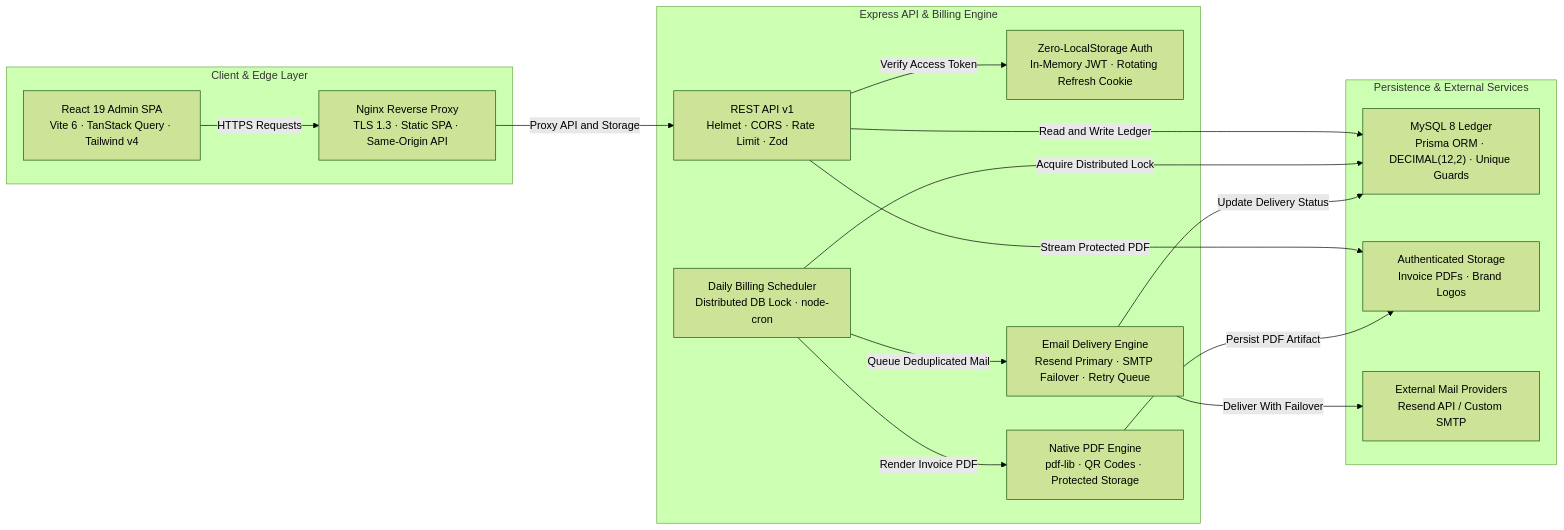
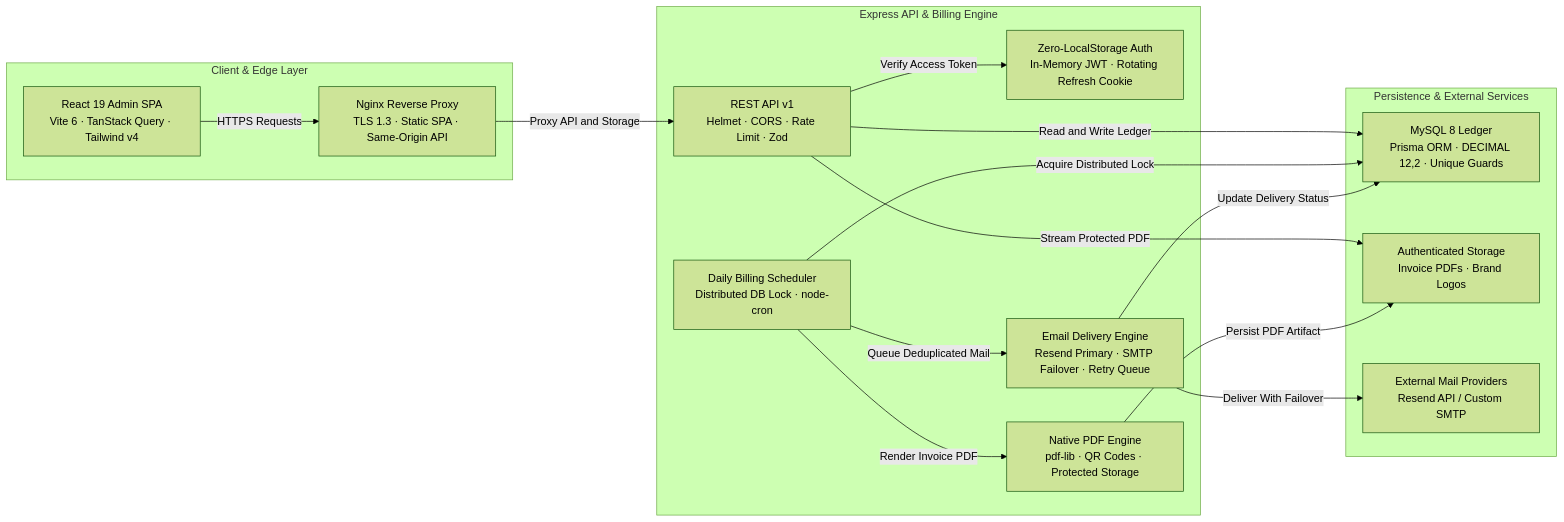
One commit to theekshana-sudeepa/autobilling changed the first of 3 diagrams in README.md. Above: the diagram before and after it, drawn with Mermaid (forest theme). The commit also changed other lines of this file and 3 other files, not shown here.

Commit message:
docs(readme): add live UI screenshots, idempotent auth/failover sequence diagram, and frontend architecture guide

````diff
--- a/README.md
+++ b/README.md
@@ -31,33 +57,33 @@
 ```mermaid
 flowchart LR
     subgraph ClientTier["Client & Edge Layer"]
         Browser["React 19 Admin SPA<br/>Vite 6 · TanStack Query · Tailwind v4"]
         Nginx["Nginx Reverse Proxy<br/>TLS 1.3 · Static SPA · Same-Origin API"]
     end
 
     subgraph AppTier["Express API & Billing Engine"]
         API["REST API v1<br/>Helmet · CORS · Rate Limit · Zod"]
         Auth["Zero-LocalStorage Auth<br/>In-Memory JWT · Rotating Refresh Cookie"]
         Scheduler["Daily Billing Scheduler<br/>Distributed DB Lock · node-cron"]
         PDF["Native PDF Engine<br/>pdf-lib · QR Codes · Protected Storage"]
         Mailer["Email Delivery Engine<br/>Resend Primary · SMTP Failover · Retry Queue"]
     end
 
     subgraph DataTier["Persistence & External Services"]
-        MySQL["MySQL 8 Ledger<br/>Prisma ORM · DECIMAL(12,2) · Unique Guards"]
+        MySQL["MySQL 8 Ledger<br/>Prisma ORM · DECIMAL 12,2 · Unique Guards"]
         Storage["Authenticated Storage<br/>Invoice PDFs · Brand Logos"]
         Providers["External Mail Providers<br/>Resend API / Custom SMTP"]
     end
 
     Browser -->|HTTPS Requests| Nginx
     Nginx -->|Proxy API and Storage| API
     API -->|Verify Access Token| Auth
     API -->|Read and Write Ledger| MySQL
     API -->|Stream Protected PDF| Storage
     Scheduler -->|Acquire Distributed Lock| MySQL
     Scheduler -->|Render Invoice PDF| PDF
     PDF -->|Persist PDF Artifact| Storage
     Scheduler -->|Queue Deduplicated Mail| Mailer
     Mailer -->|Deliver With Failover| Providers
     Mailer -->|Update Delivery Status| MySQL
 ```
````
